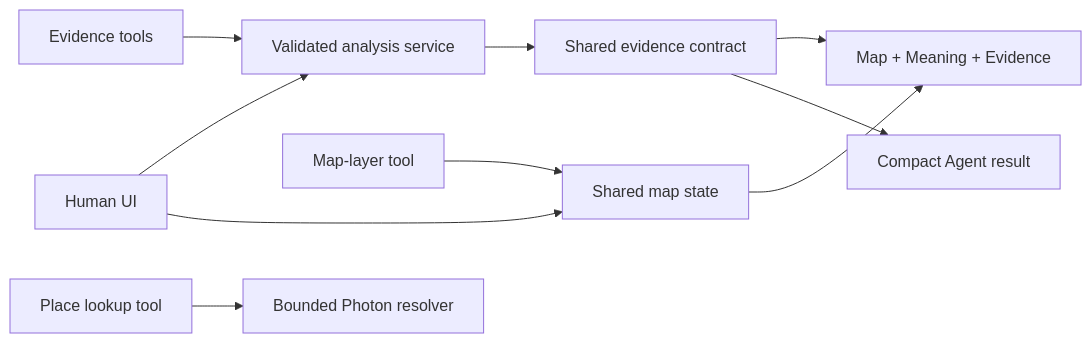
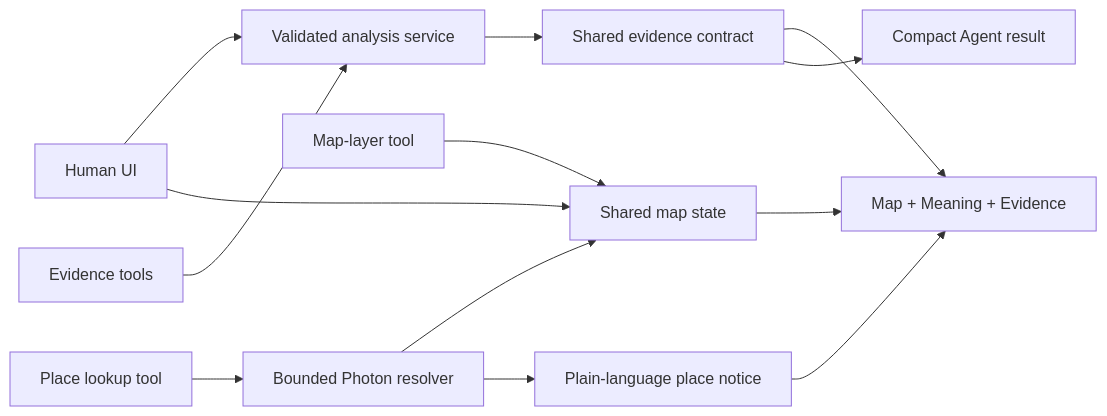
Before and after one commit to HuiYingChung/sky-to-porch-webmcp: the diagram in README.md, drawn with Mermaid. The commit also changed other lines of this file and 31 other files, not shown here.

````diff
--- a/README.md
+++ b/README.md
@@ -134,12 +145,15 @@
 ```mermaid
 flowchart LR
   Human[Human UI] --> Service[Validated analysis service]
   Evidence[Evidence tools] --> Service
   Service --> Contract[Shared evidence contract]
   Contract --> UI[Map + Meaning + Evidence]
   Contract --> Summary[Compact Agent result]
   MapTool[Map-layer tool] --> MapState[Shared map state]
   Human --> MapState
   MapState --> UI
   PlaceTool[Place lookup tool] --> Resolver[Bounded Photon resolver]
+  Resolver --> MapState
+  Resolver --> Notice[Plain-language place notice]
+  Notice --> UI
 ```
````
